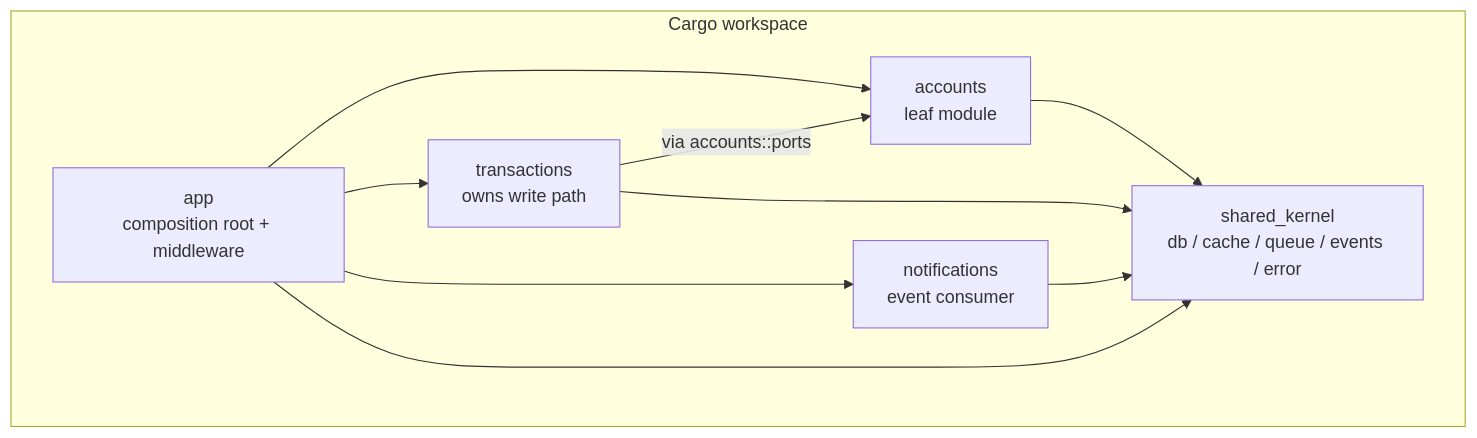
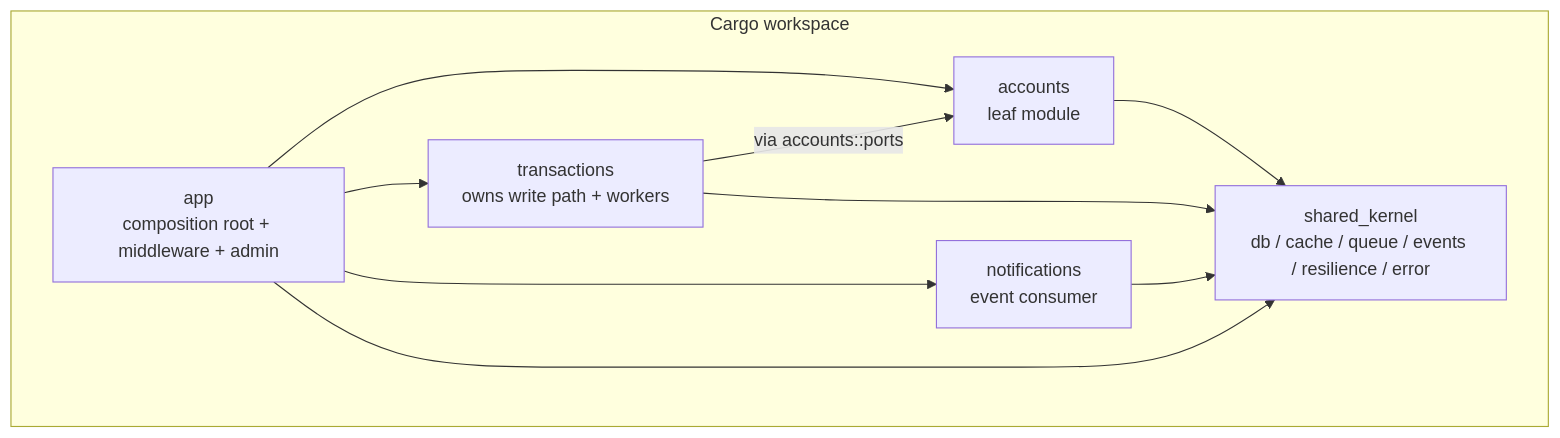
The third of 4 diagrams in docs/architecture.md (Ghaida00/Capstone), drawn with Mermaid before and after one commit. The commit also changed other lines of this file and 2 other files, not shown here.

````diff
--- a/docs/architecture.md
+++ b/docs/architecture.md
@@ -116,19 +237,19 @@
 ```mermaid
 flowchart TB
-    subgraph WS[Cargo workspace]
-        App[app<br/>composition root + middleware]
-        Acc[accounts<br/>leaf module]
-        Tx[transactions<br/>owns write path]
-        Notif[notifications<br/>event consumer]
-        SK[shared_kernel<br/>db / cache / queue / events / error]
+    subgraph WS["Cargo workspace"]
+        App["app<br/>composition root + middleware + admin"]
+        Acc["accounts<br/>leaf module"]
+        Tx["transactions<br/>owns write path + workers"]
+        Notif["notifications<br/>event consumer"]
+        SK["shared_kernel<br/>db / cache / queue / events / resilience / error"]
     end
 
     App --> Acc
     App --> Tx
     App --> Notif
-    Tx -->|via accounts::ports| Acc
+    Tx -->|"via accounts::ports"| Acc
     Acc --> SK
     Tx --> SK
     Notif --> SK
     App --> SK
 ```
````
